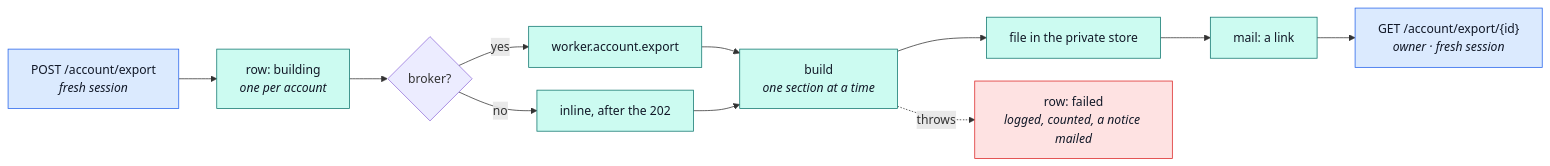
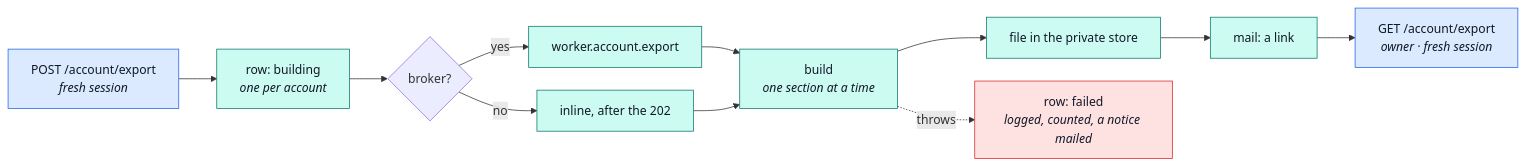
The fifth of 5 diagrams in docs/modules/account.md (Guebbit/boilerplate-node-backend), drawn with Mermaid before and after one commit. The commit also changed other lines of this file and 21 other files, not shown here.

First line of the commit message:
feat(account)!: serve the data export at GET /account/export, without an id

````diff
--- a/docs/modules/account.md
+++ b/docs/modules/account.md
@@ -281,21 +281,21 @@
 ```mermaid
 %%{init: {'flowchart': {'nodeSpacing': 30, 'rankSpacing': 50}}}%%
 flowchart LR
     A["POST /account/export<br/><i>fresh session</i>"] --> R["row: building<br/><i>one per account</i>"]
     R --> Q{"broker?"}
     Q -->|yes| W["worker.account.export"]
     Q -->|no| I["inline, after the 202"]
     W --> B["build<br/><i>one section at a time</i>"]
     I --> B
     B --> F["file in the private store"]
     F --> M["mail: a link"]
-    M --> D["GET /account/export/{id}<br/><i>owner · fresh session</i>"]
+    M --> D["GET /account/export<br/><i>owner · fresh session</i>"]
     B -. "throws" .-> X["row: failed<br/><i>logged, counted, a notice mailed</i>"]
 
     classDef entry fill:#dbeafe,stroke:#2563eb,color:#111827;
     classDef warn fill:#fee2e2,stroke:#dc2626,color:#111827;
     classDef done fill:#ccfbf1,stroke:#0f766e,color:#111827;
     class A,D entry;
     class X warn;
     class R,W,I,B,F,M done;
 ```
````
